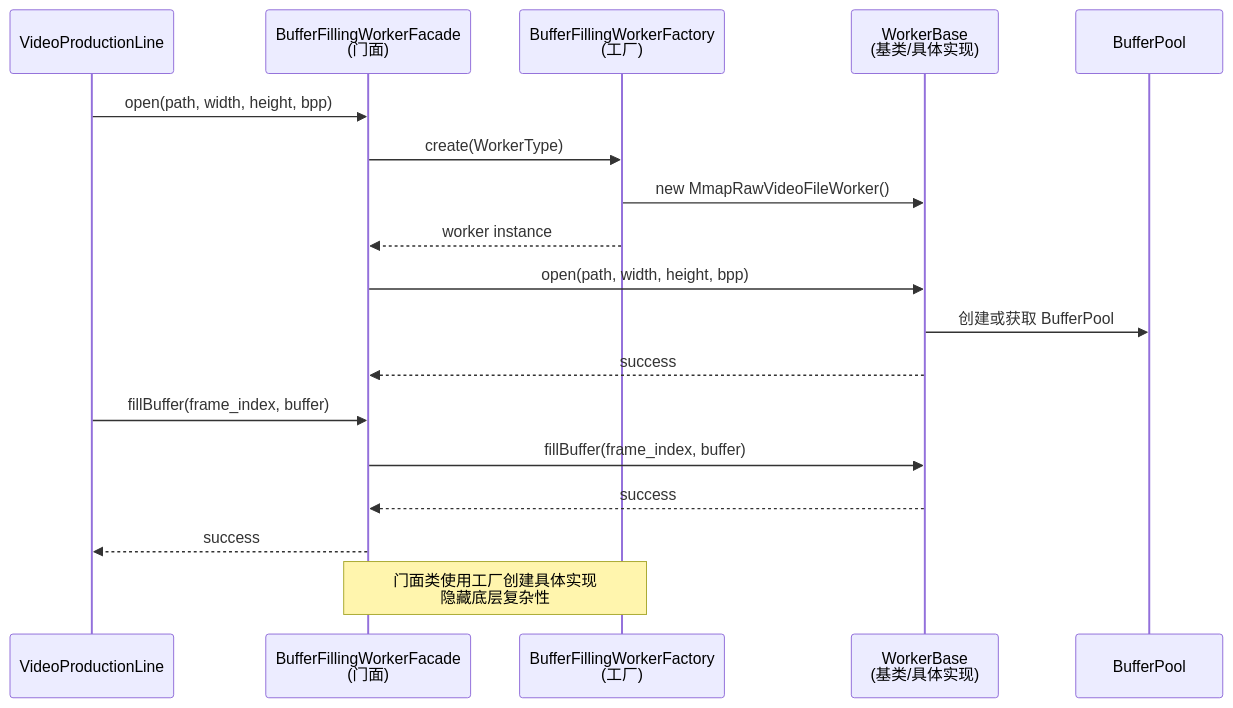
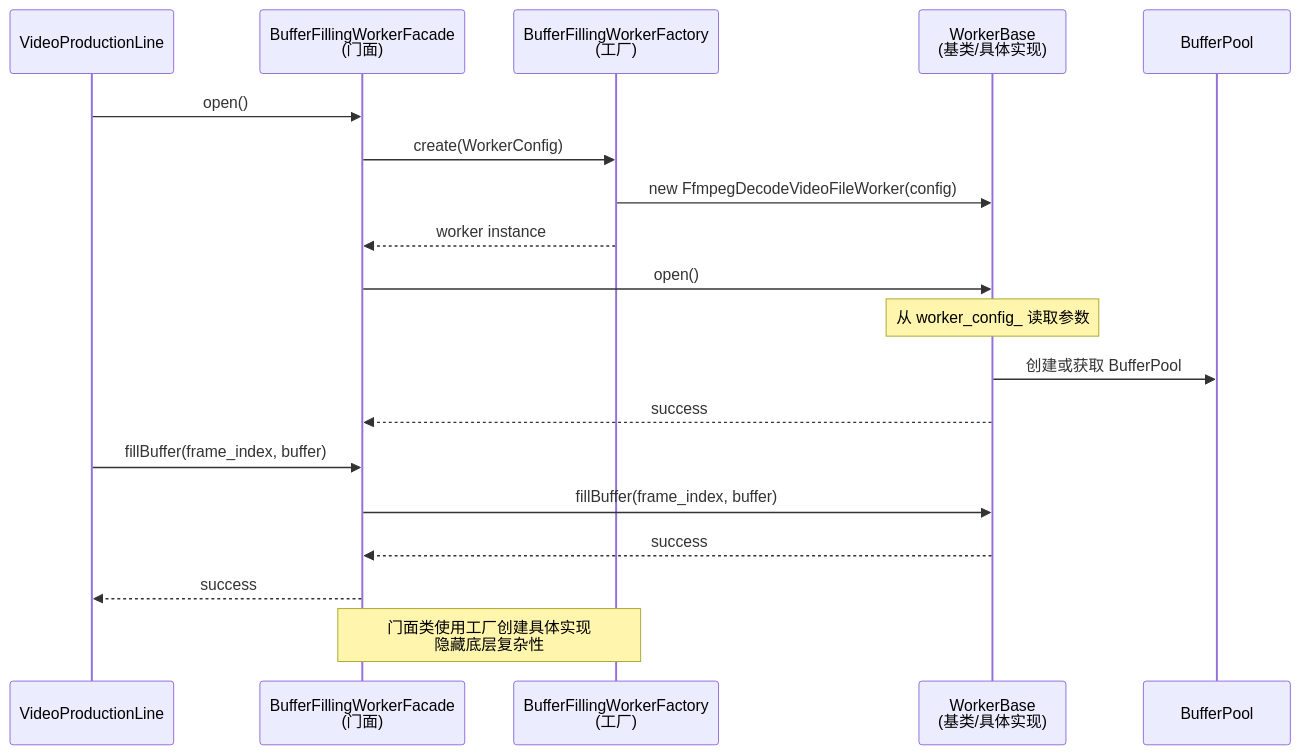
The sixth of 6 diagrams in ARCHITECTURE.md (luoxiafeng-1990/components), drawn with Mermaid before and after one commit. The commit also changed other lines of this file and 2 other files, not shown here.

````diff
--- a/ARCHITECTURE.md
+++ b/ARCHITECTURE.md
@@ -1327,23 +1392,24 @@
 ```mermaid
 sequenceDiagram
     participant Client as VideoProductionLine
     participant Facade as BufferFillingWorkerFacade<br/>(门面)
     participant Factory as BufferFillingWorkerFactory<br/>(工厂)
     participant Worker as WorkerBase<br/>(基类/具体实现)
     participant BufferPool as BufferPool
     
-    Client->>Facade: open(path, width, height, bpp)
-    Facade->>Factory: create(WorkerType)
-    Factory->>Worker: new MmapRawVideoFileWorker()
+    Client->>Facade: open()
+    Facade->>Factory: create(WorkerConfig)
+    Factory->>Worker: new FfmpegDecodeVideoFileWorker(config)
     Factory-->>Facade: worker instance
-    Facade->>Worker: open(path, width, height, bpp)
+    Facade->>Worker: open()
+    Note over Worker: 从 worker_config_ 读取参数
     Worker->>BufferPool: 创建或获取 BufferPool
     Worker-->>Facade: success
     
     Client->>Facade: fillBuffer(frame_index, buffer)
     Facade->>Worker: fillBuffer(frame_index, buffer)
     Worker-->>Facade: success
     Facade-->>Client: success
     
     Note over Facade,Factory: 门面类使用工厂创建具体实现<br/>隐藏底层复杂性
 ```
````
